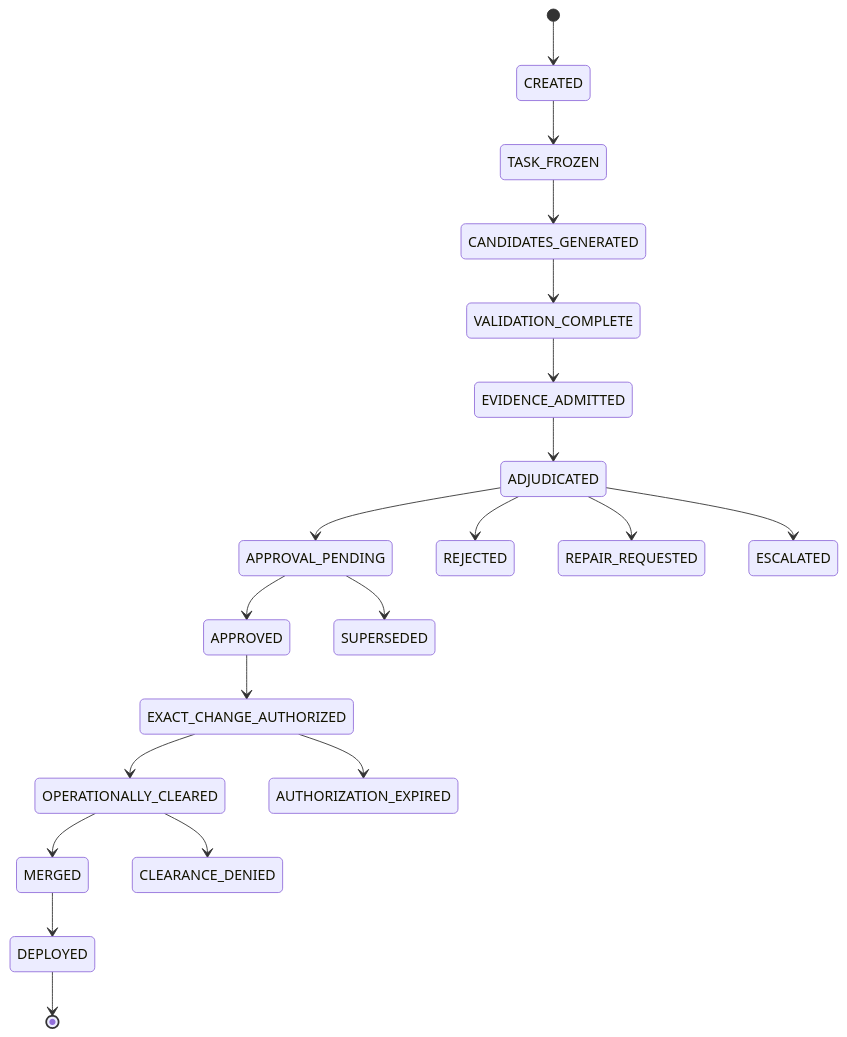
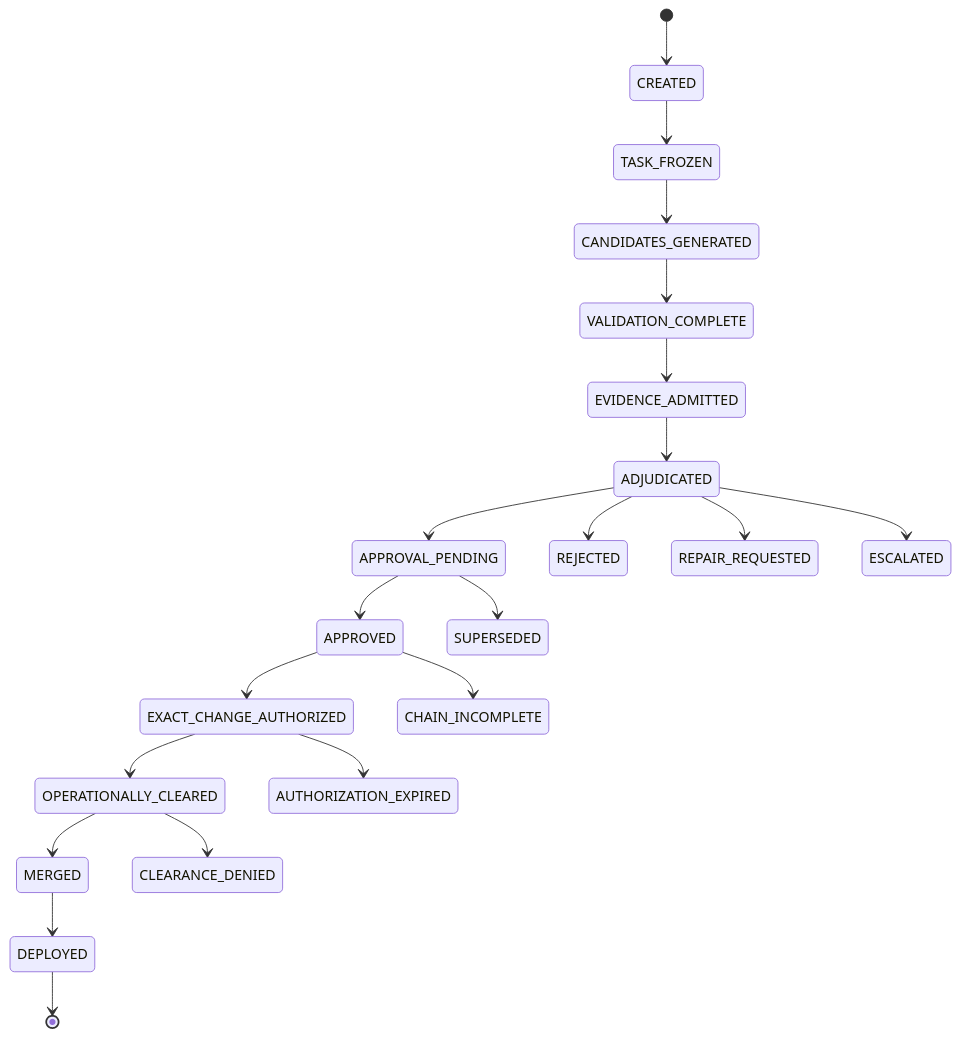
One commit to rasaha/symbolu changed the fourth of 4 diagrams in UGENCE_CODE_GOVERNANCE_DESIGN_SPEC.md. Above: the diagram before and after it, drawn with Mermaid. The commit also changed other lines of this file, not shown here.

````diff
--- a/UGENCE_CODE_GOVERNANCE_DESIGN_SPEC.md
+++ b/UGENCE_CODE_GOVERNANCE_DESIGN_SPEC.md
@@ -397,23 +569,24 @@
 ```mermaid
 stateDiagram-v2
     [*] --> CREATED
     CREATED --> TASK_FROZEN
     TASK_FROZEN --> CANDIDATES_GENERATED
     CANDIDATES_GENERATED --> VALIDATION_COMPLETE
     VALIDATION_COMPLETE --> EVIDENCE_ADMITTED
     EVIDENCE_ADMITTED --> ADJUDICATED
     ADJUDICATED --> APPROVAL_PENDING
     APPROVAL_PENDING --> APPROVED
     APPROVED --> EXACT_CHANGE_AUTHORIZED
     EXACT_CHANGE_AUTHORIZED --> OPERATIONALLY_CLEARED
     OPERATIONALLY_CLEARED --> MERGED
     MERGED --> DEPLOYED
     DEPLOYED --> [*]
 
     ADJUDICATED --> REJECTED
     ADJUDICATED --> REPAIR_REQUESTED
     ADJUDICATED --> ESCALATED
+    APPROVED --> CHAIN_INCOMPLETE
     EXACT_CHANGE_AUTHORIZED --> AUTHORIZATION_EXPIRED
     OPERATIONALLY_CLEARED --> CLEARANCE_DENIED
     APPROVAL_PENDING --> SUPERSEDED
 ```
````
